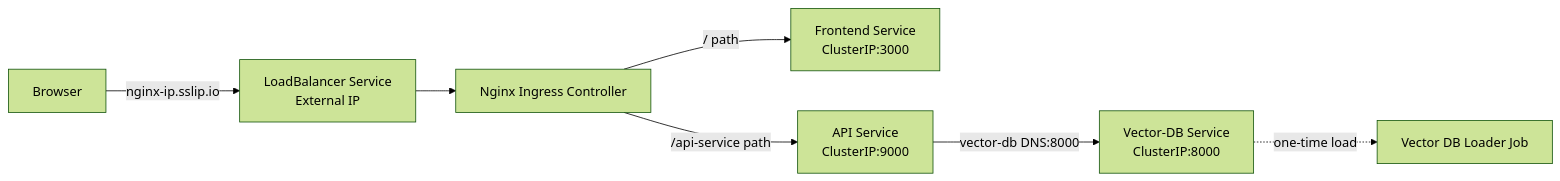
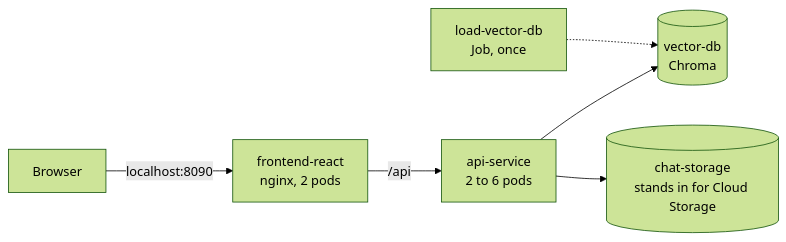
The first of 2 diagrams in README.md (dlops-io/cheese-app-v3), drawn with Mermaid (forest theme) before and after one commit. The commit also changed other lines of this file and 23 other files, not shown here.

````diff
--- a/README.md
+++ b/README.md
@@ -459,16 +103,8 @@
 ```mermaid
 graph LR
-    B[Browser] -->|nginx-ip.sslip.io| LB[LoadBalancer Service<br/>External IP]
-    LB --> I[Nginx Ingress Controller]
-    I -->|/ path| F[Frontend Service<br/>ClusterIP:3000]
-    I -->|/api-service path| A[API Service<br/>ClusterIP:9000]
-    A -->|vector-db DNS:8000| V[Vector-DB Service<br/>ClusterIP:8000]
-    V -.->|one-time load| J[Vector DB Loader Job]
-    
-    style LB fill:#yellow
-    style I fill:#lightblue
-    style F fill:#lightgreen
-    style A fill:#lightgreen
-    style V fill:#lightgreen
-    style J fill:#orange
+    B[Browser] -->|localhost:8090| F[frontend-react<br/>nginx, 2 pods]
+    F -->|/api| A[api-service<br/>2 to 6 pods]
+    A --> V[(vector-db<br/>Chroma)]
+    A --> S[(chat-storage<br/>stands in for Cloud Storage)]
+    J[load-vector-db<br/>Job, once] -.-> V
 ```
````
